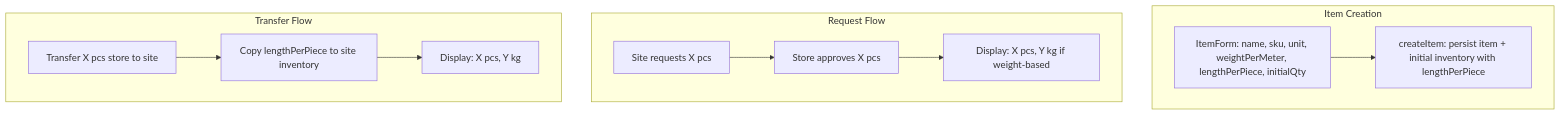
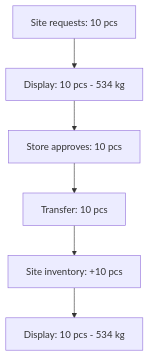
Before and after one commit to Rasheed-Nexhala/asset-manager: the fourth of 4 diagrams in asset-manager/.cursor/plans/steel_weight_calculation_483a8651.plan.md, drawn with Mermaid. The commit also changed other lines of this file and 45 other files, not shown here.

````diff
--- a/asset-manager/.cursor/plans/steel_weight_calculation_483a8651.plan.md
+++ b/asset-manager/.cursor/plans/steel_weight_calculation_483a8651.plan.md
@@ -144,23 +174,8 @@
 ```mermaid
 flowchart TB
-    subgraph ItemCreation [Item Creation]
-        A1[ItemForm: name, sku, unit, weightPerMeter, lengthPerPiece, initialQty]
-        A2[createItem: persist item + initial inventory with lengthPerPiece]
-    end
-
-    subgraph RequestFlow [Request Flow]
-        B1[Site requests X pcs]
-        B2[Store approves X pcs]
-        B3[Display: X pcs, Y kg if weight-based]
-    end
-
-    subgraph TransferFlow [Transfer Flow]
-        C1[Transfer X pcs store to site]
-        C2[Copy lengthPerPiece to site inventory]
-        C3[Display: X pcs, Y kg]
-    end
-
-    A1 --> A2
-    B1 --> B2 --> B3
-    C1 --> C2 --> C3
+    A[Site requests: 10 pcs] --> B[Display: 10 pcs - 534 kg]
+    B --> C[Store approves: 10 pcs]
+    C --> D[Transfer: 10 pcs]
+    D --> E[Site inventory: +10 pcs]
+    E --> F[Display: 10 pcs - 534 kg]
 ```
````
